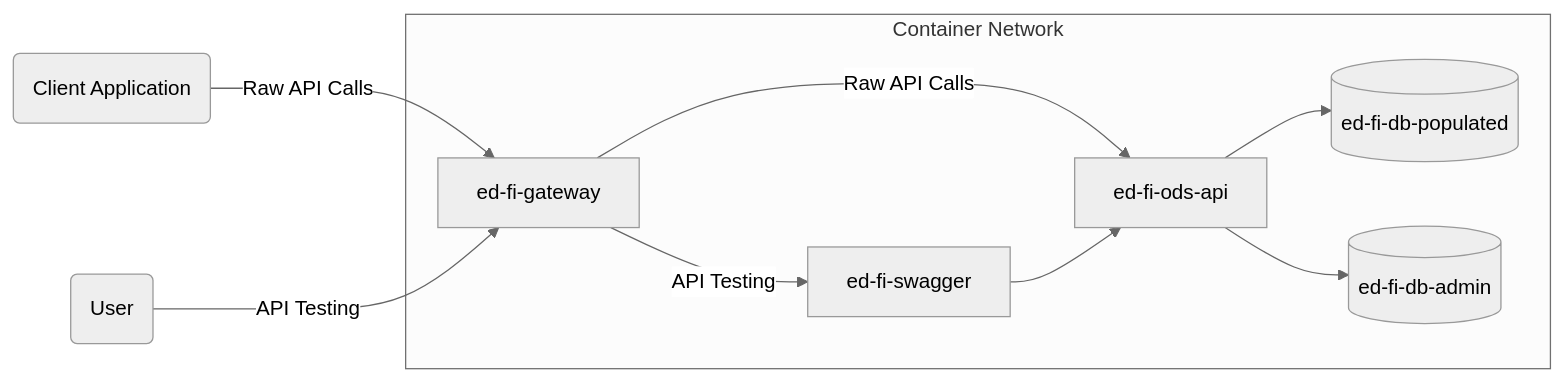
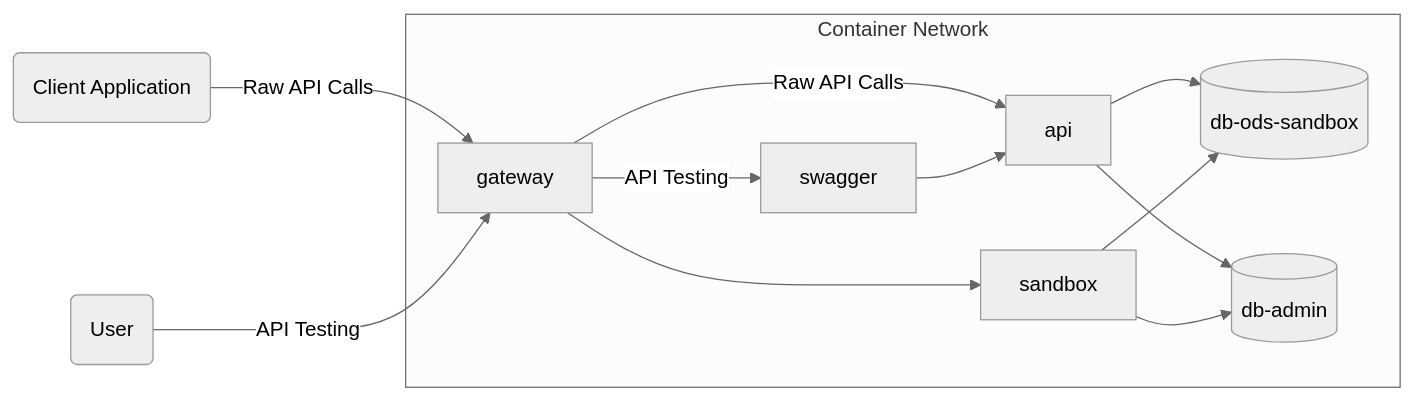
The second of 2 diagrams in Docker/README.md (Ed-Fi-Alliance-OSS/Ed-Fi-ODS-Implementation), drawn with Mermaid (neutral theme) before and after one commit. The commit also changed other lines of this file, not shown here.

````diff
--- a/Docker/README.md
+++ b/Docker/README.md
@@ -110,19 +102,23 @@
 ```mermaid
 flowchart LR
-    A(Client Application) -->|Raw API Calls| B[ed-fi-gateway]
-    B -->|Raw API Calls| C[ed-fi-ods-api]
-    C --> D[(ed-fi-db-populated)]
-    C --> E[(ed-fi-db-admin)]
+    A(Client Application) -->|Raw API Calls| B[gateway]
+    B -->|Raw API Calls| C[api]
+    C --> D[(db-ods-sandbox)]
+    C --> E[(db-admin)]
+    B --> H[sandbox]
+    H --> D
+    H --> E
 
     F(User) -->|API Testing| B
-    B -->|API Testing| G[ed-fi-swagger]
+    B -->|API Testing| G[swagger]
     G --> C
 
     subgraph Container Network
         B
         C
         D
         E
         G
+        H
     end
 ```
````
